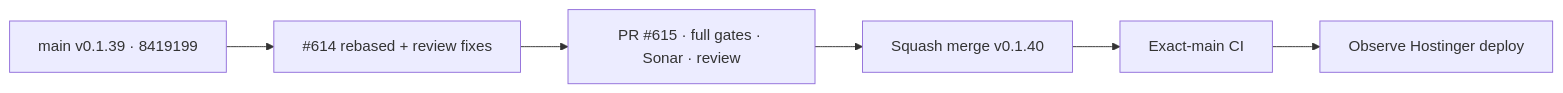
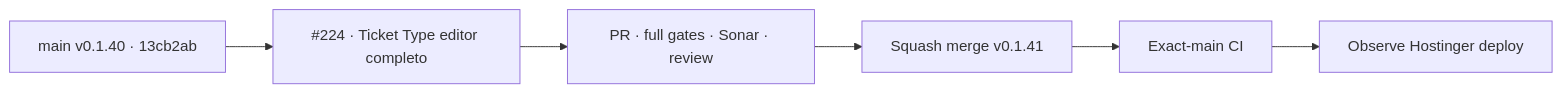
One commit to pl0n3r/brvtal changed the diagram in README.md. Above: the diagram before and after it, drawn with Mermaid. The commit also changed other lines of this file and 10 other files, not shown here.

First line of the commit message:
feat(tickets): complete Ticket Type metadata editor (v0.1.41) (#618)

````diff
--- a/README.md
+++ b/README.md
@@ -53,8 +53,8 @@
 ```mermaid
 flowchart LR
- B["main v0.1.39 · 8419199"] --> R["#614 rebased + review fixes"]
- R --> P["PR #615 · full gates · Sonar · review"]
- P --> M["Squash merge v0.1.40"]
+ B["main v0.1.40 · 13cb2ab"] --> T["#224 · Ticket Type editor completo"]
+ T --> P["PR · full gates · Sonar · review"]
+ P --> M["Squash merge v0.1.41"]
  M --> X["Exact-main CI"]
  X --> D["Observe Hostinger deploy"]
 ```
````
